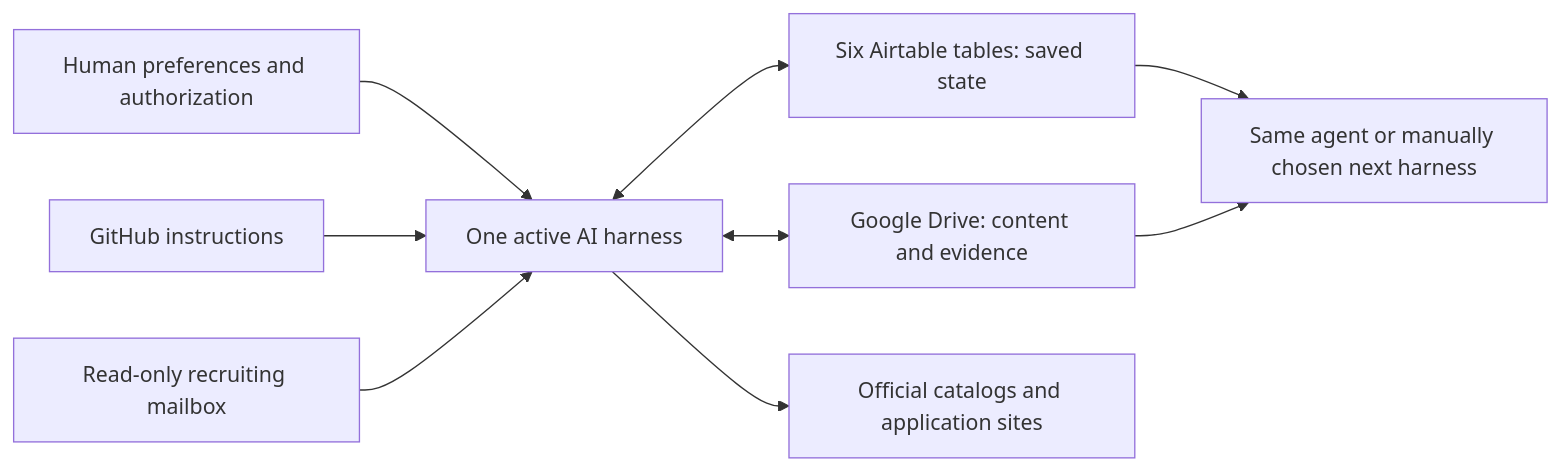
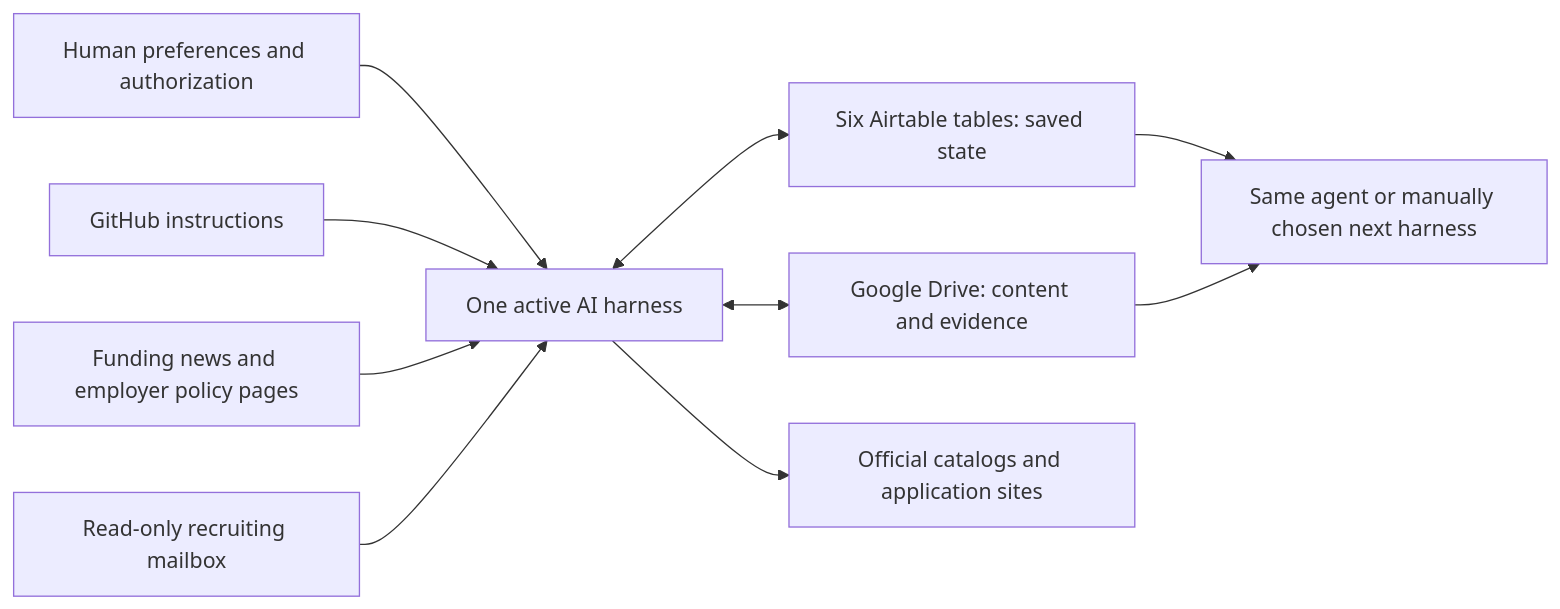
Before and after one commit to sravankm86/nextmove: the diagram in README.md, drawn with Mermaid. The commit also changed other lines of this file and 7 other files, not shown here.

```diff
--- a/README.md
+++ b/README.md
@@ -24,11 +24,12 @@
 ~~~mermaid
 flowchart LR
     User[Human preferences and authorization] --> Agent[One active AI harness]
     Git[GitHub instructions] --> Agent
     Agent <--> Airtable[Six Airtable tables: saved state]
     Agent <--> Drive[Google Drive: content and evidence]
     Agent --> Boards[Official catalogs and application sites]
+    Funding[Funding news and employer policy pages] --> Agent
     Mail[Read-only recruiting mailbox] --> Agent
     Airtable --> Next[Same agent or manually chosen next harness]
     Drive --> Next
 ~~~
```
